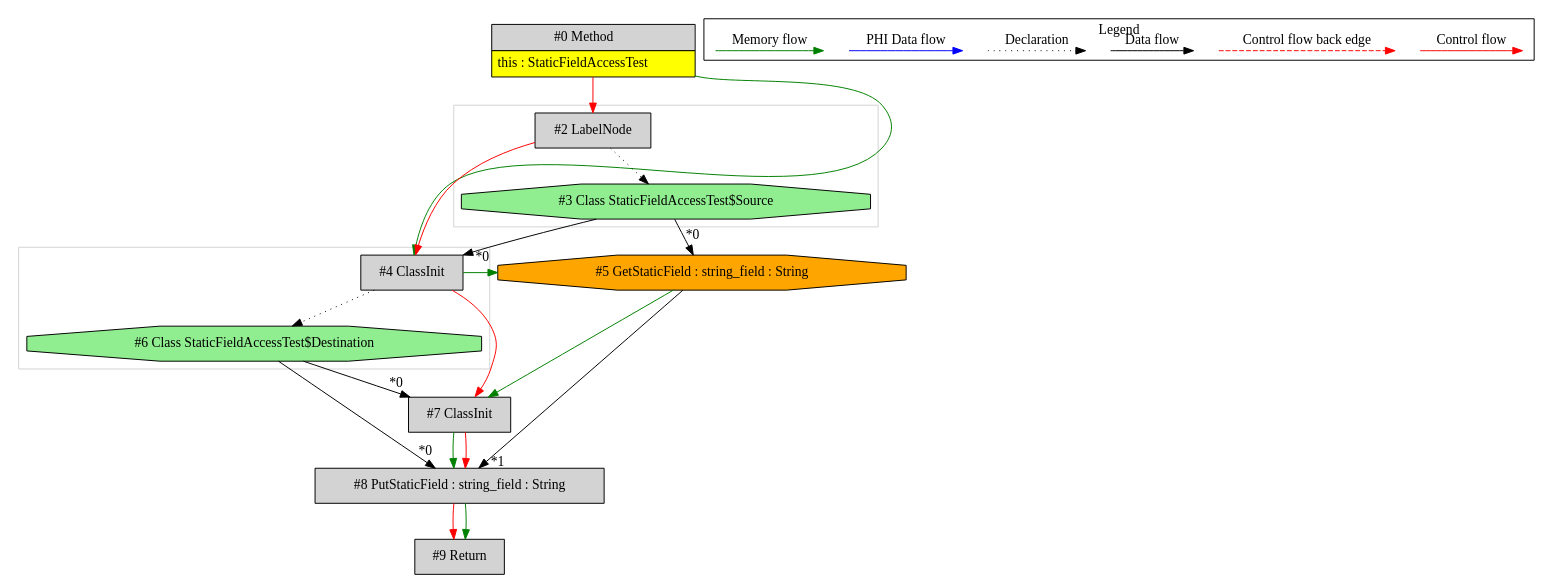
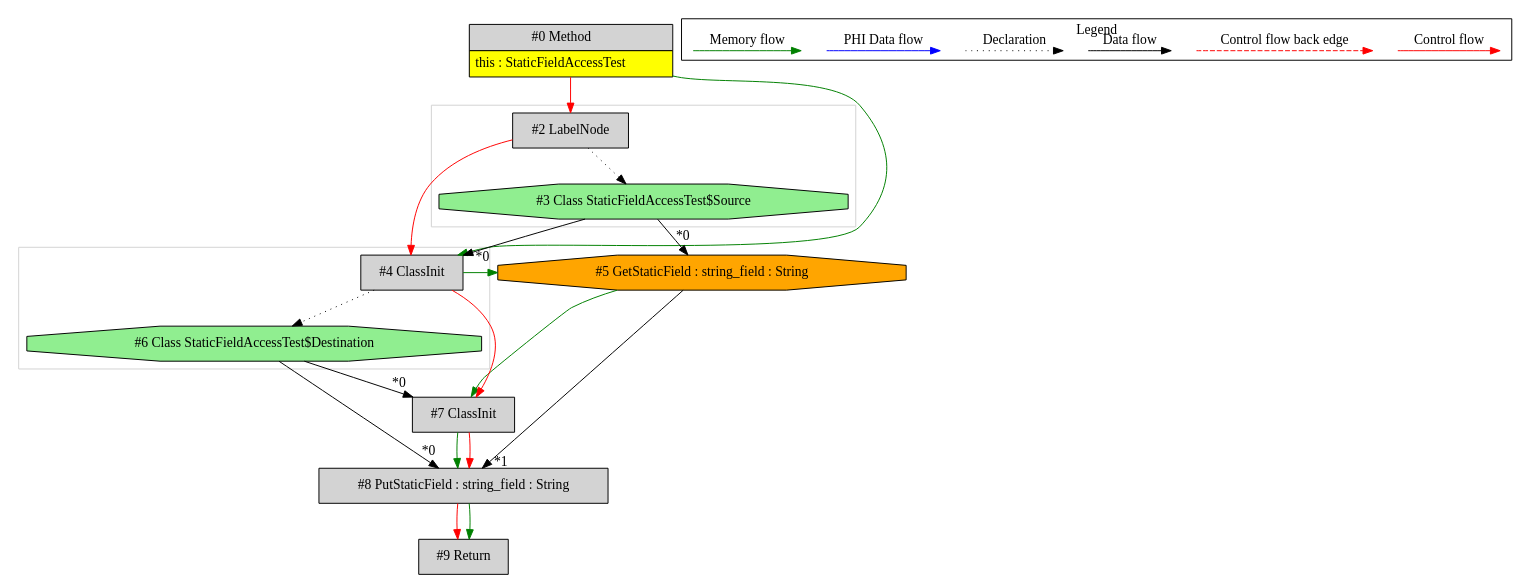
Before and after one commit to mirkosertic/MetaIR: the diagram in de.mirkosertic.metair.ir.examples.StaticFieldAccessTest/copy_string/ir.dot, drawn with Graphviz. The commit also changed other lines of this file and 510 other files, not shown here.

```diff
--- a/de.mirkosertic.metair.ir.examples.StaticFieldAccessTest/copy_string/ir.dot
+++ b/de.mirkosertic.metair.ir.examples.StaticFieldAccessTest/copy_string/ir.dot
@@ -1,65 +1,65 @@
 digraph {
  ordering="in";
  node0[margin="0", label=<<table border="0" cellborder="1" cellspacing="0" cellpadding="5"><tr><td colspan="1">#0 Method</td></tr><tr><td port="prj1" bgcolor="yellow">this : StaticFieldAccessTest</td></tr></table>>,shape=none, fillcolor=lightgrey, style=filled];
- node4[label="#4 ClassInit",shape=box, fillcolor=lightgrey, style=filled];
- node3 -> node4[headlabel="*0", labeldistance=2];
- node0 -> node4[labeldistance=2, color=green, constraint=false];
- node2 -> node4[labeldistance=2, color=red, fontcolor=red];
  node2[label="#2 LabelNode",shape=box, fillcolor=lightgrey, style=filled];
  node0 -> node2[labeldistance=2, color=red, fontcolor=red];
  node3[label="#3 Class StaticFieldAccessTest$Source",shape=octagon, fillcolor=lightgreen, style=filled];
  node2 -> node3[style=dotted];
  node5[label="#5 GetStaticField : string_field : String",shape=octagon, fillcolor=orange, style=filled];
  node3 -> node5[headlabel="*0", labeldistance=2];
  node4 -> node5[labeldistance=2, color=green, constraint=false];
- node8[label="#8 PutStaticField : string_field : String",shape=box, fillcolor=lightgrey, style=filled];
- node6 -> node8[headlabel="*0", labeldistance=2];
- node5 -> node8[headlabel="*1", labeldistance=2];
- node7 -> node8[labeldistance=2, color=green, constraint=false];
- node7 -> node8[labeldistance=2, color=red, fontcolor=red];
+ node4[label="#4 ClassInit",shape=box, fillcolor=lightgrey, style=filled];
+ node3 -> node4[headlabel="*0", labeldistance=2];
+ node0 -> node4[labeldistance=2, color=green, constraint=false];
+ node2 -> node4[labeldistance=2, color=red, fontcolor=red];
  node7[label="#7 ClassInit",shape=box, fillcolor=lightgrey, style=filled];
  node6 -> node7[headlabel="*0", labeldistance=2];
  node5 -> node7[labeldistance=2, color=green, constraint=false];
  node4 -> node7[labeldistance=2, color=red, fontcolor=red];
  node6[label="#6 Class StaticFieldAccessTest$Destination",shape=octagon, fillcolor=lightgreen, style=filled];
  node4 -> node6[style=dotted];
+ node8[label="#8 PutStaticField : string_field : String",shape=box, fillcolor=lightgrey, style=filled];
+ node6 -> node8[headlabel="*0", labeldistance=2];
+ node5 -> node8[headlabel="*1", labeldistance=2];
+ node7 -> node8[labeldistance=2, color=green, constraint=false];
+ node7 -> node8[labeldistance=2, color=red, fontcolor=red];
  node9[label="#9 Return",shape=box, fillcolor=lightgrey, style=filled];
  node8 -> node9[labeldistance=2, color=red, fontcolor=red];
  node8 -> node9[labeldistance=2, color=green, constraint=false];
  subgraph cluster_0 {
   color=lightgray;
-  node2;
-  node3;
+  node4;
+  node6;
  }
  subgraph cluster_1 {
   color=lightgray;
-  node4;
-  node6;
+  node2;
+  node3;
  }
  subgraph cluster_000 {
   label = "Legend";
   node [shape=point]
   {
    rank=same;
    c0 [style = invis];
    c1 [style = invis];
    c2 [style = invis];
    c3 [style = invis];
    d0 [style = invis];
    d1 [style = invis];
    d2 [style = invis];
    d3 [style = invis];
    d4 [style = invis];
    d5 [style = invis];
    d6 [style = invis];
    d7 [style = invis];
   }
   c0 -> c1 [label="Control flow", style=solid, color=red]
   c2 -> c3 [label="Control flow back edge", style=dashed, color=red]
   d0 -> d1 [label="Data flow"]
   d2 -> d3 [label="Declaration", style=dotted]
   d4 -> d5 [label="PHI Data flow", color=blue]
   d6 -> d7 [label="Memory flow", color=green]
  }
 
 }
```
